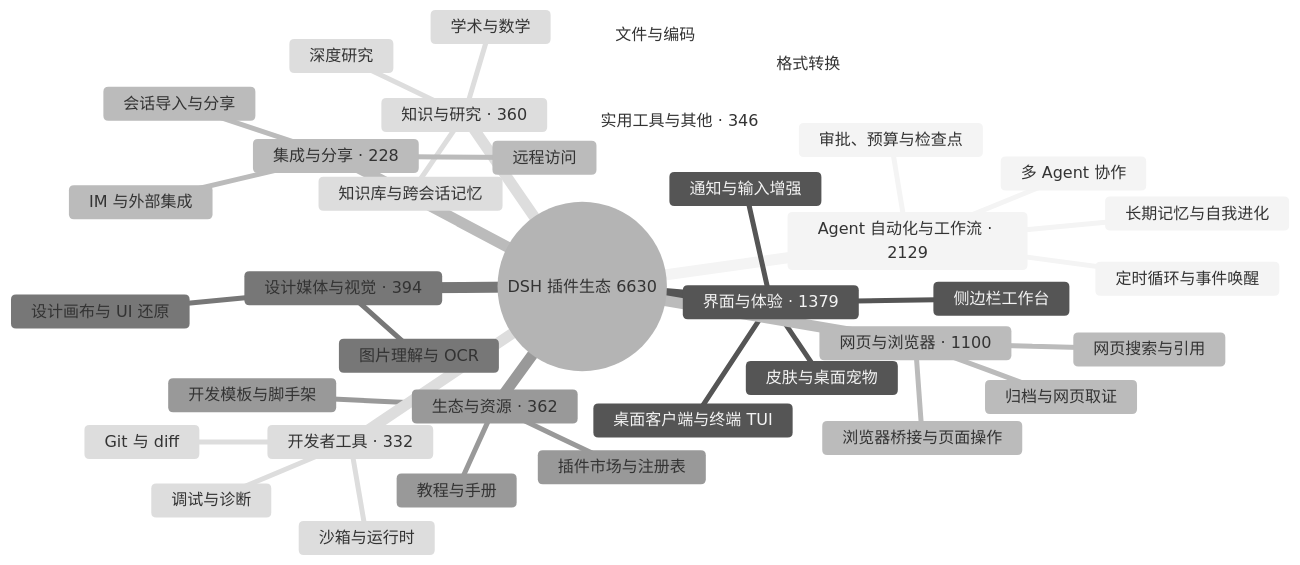
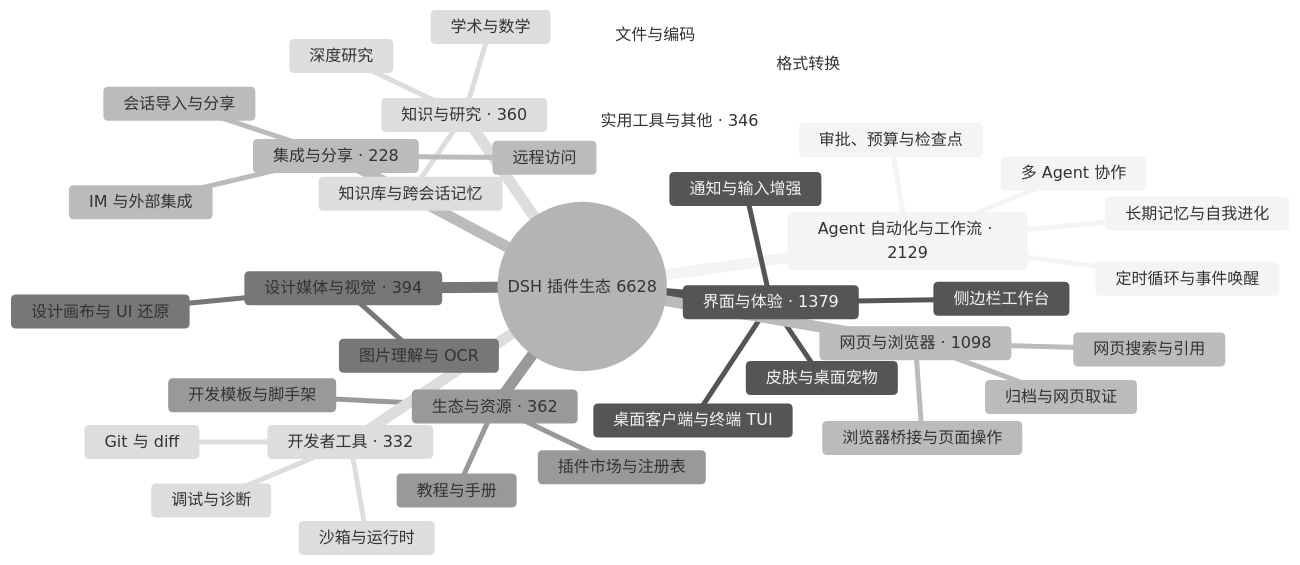
One commit to bruc3van/awesome-dsh-plugin changed the diagram in README.md. Above: the diagram before and after it, drawn with Mermaid (neutral theme). The commit also changed other lines of this file and 6 other files, not shown here.

````diff
--- a/README.md
+++ b/README.md
@@ -33,40 +33,40 @@
 ```mermaid
 mindmap
-  root((DSH 插件生态 6630))
+  root((DSH 插件生态 6628))
     Agent 自动化与工作流 · 2129
       定时循环与事件唤醒
       多 Agent 协作
       长期记忆与自我进化
       审批、预算与检查点
     界面与体验 · 1379
       桌面客户端与终端 TUI
       侧边栏工作台
       皮肤与桌面宠物
       通知与输入增强
-    网页与浏览器 · 1100
+    网页与浏览器 · 1098
       浏览器桥接与页面操作
       网页搜索与引用
       归档与网页取证
     设计媒体与视觉 · 394
       图片理解与 OCR
       设计画布与 UI 还原
     生态与资源 · 362
       插件市场与注册表
       开发模板与脚手架
       教程与手册
     知识与研究 · 360
       知识库与跨会话记忆
       深度研究
       学术与数学
     实用工具与其他 · 346
       文件与编码
       格式转换
     开发者工具 · 332
       Git 与 diff
       沙箱与运行时
       调试与诊断
     集成与分享 · 228
       会话导入与分享
       远程访问
       IM 与外部集成
 ```
````
